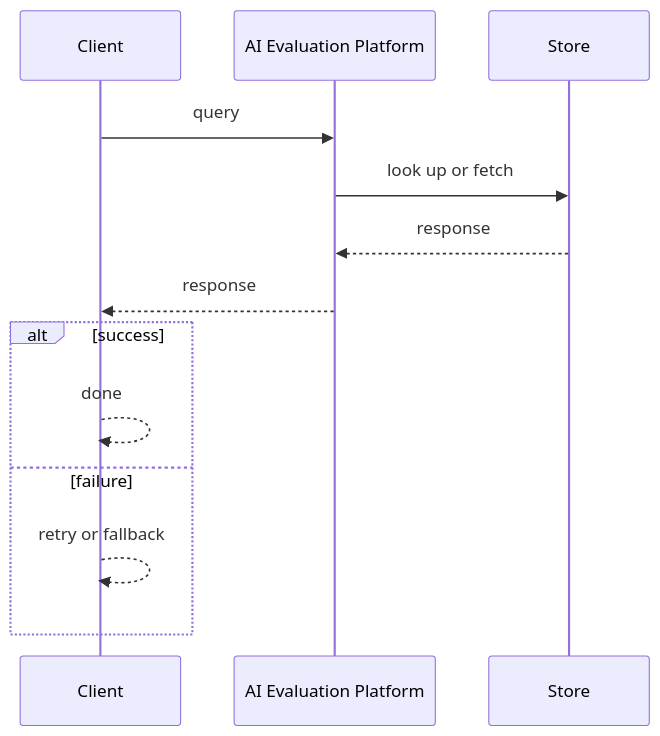
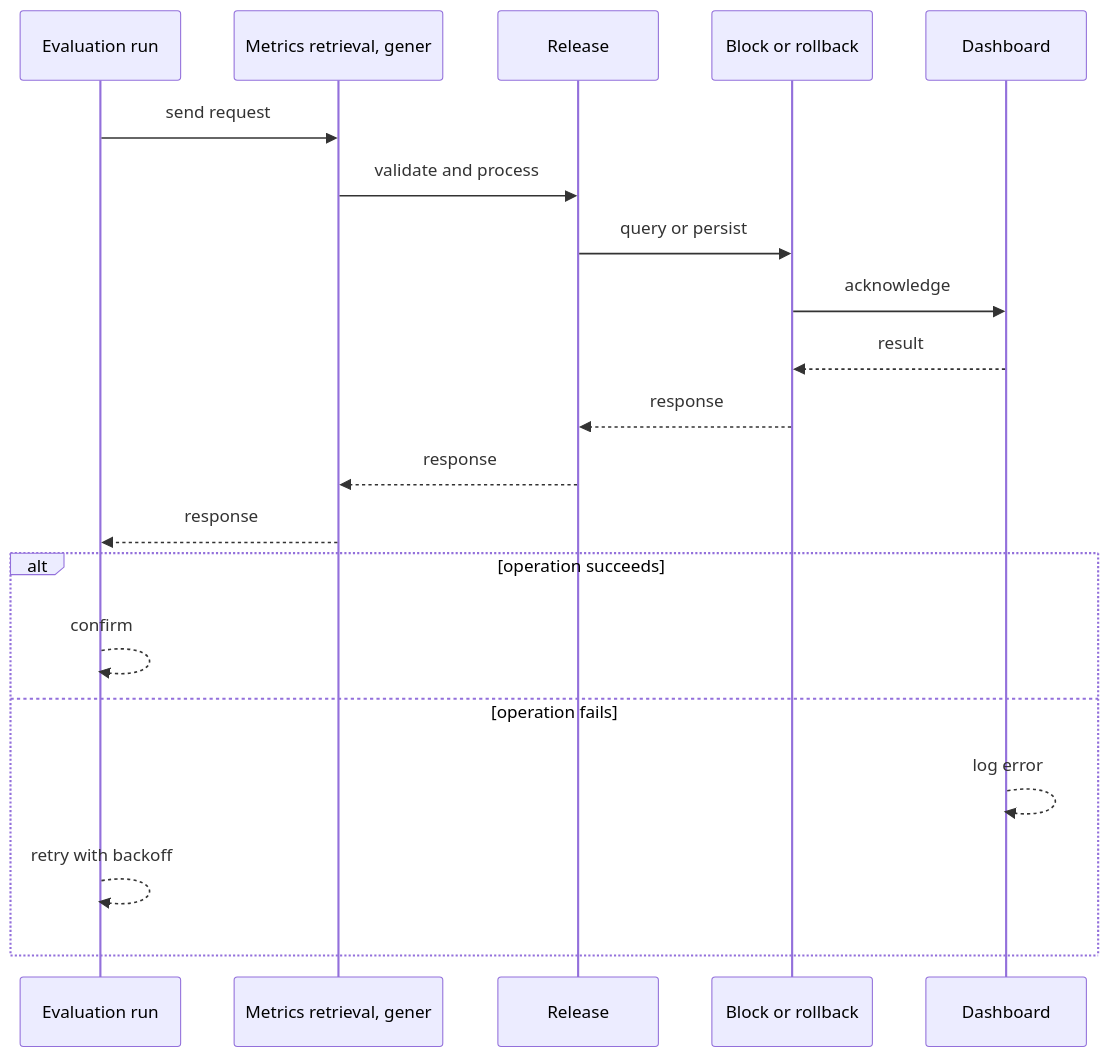
One commit to RIT-MESH/system-design-mastery changed the second of 4 diagrams in case-studies/ai-systems/ai-evaluation-platform.md. Above: the diagram before and after it, drawn with Mermaid. The commit also changed other lines of this file and 64 other files, not shown here.

````diff
--- a/case-studies/ai-systems/ai-evaluation-platform.md
+++ b/case-studies/ai-systems/ai-evaluation-platform.md
@@ -80,16 +68,23 @@
 ```mermaid
 %% created-for: system-design-mastery
 sequenceDiagram
-  participant P0 as Client
-  participant P1 as AI Evaluation Platform
-  participant P2 as Store
-  P0 ->> P1: query
-  P1 ->> P2: look up or fetch
-  P2 -->> P1: response
-  P1 -->> P0: response
-  alt success
-    P0 -->> P0: done
-  else failure
-    P0 -->> P0: retry or fallback
+  participant C0 as Evaluation run
+  participant C1 as Metrics retrieval, gener
+  participant C2 as Release
+  participant C3 as Block or rollback
+  participant C4 as Dashboard
+  C0 ->> C1: send request
+  C1 ->> C2: validate and process
+  C2 ->> C3: query or persist
+  C3 ->> C4: acknowledge
+  C4 -->> C3: result
+  C3 -->> C2: response
+  C2 -->> C1: response
+  C1 -->> C0: response
+  alt operation succeeds
+    C0 -->> C0: confirm
+  else operation fails
+    C4 -->> C4: log error
+    C0 -->> C0: retry with backoff
   end
 ```
````
